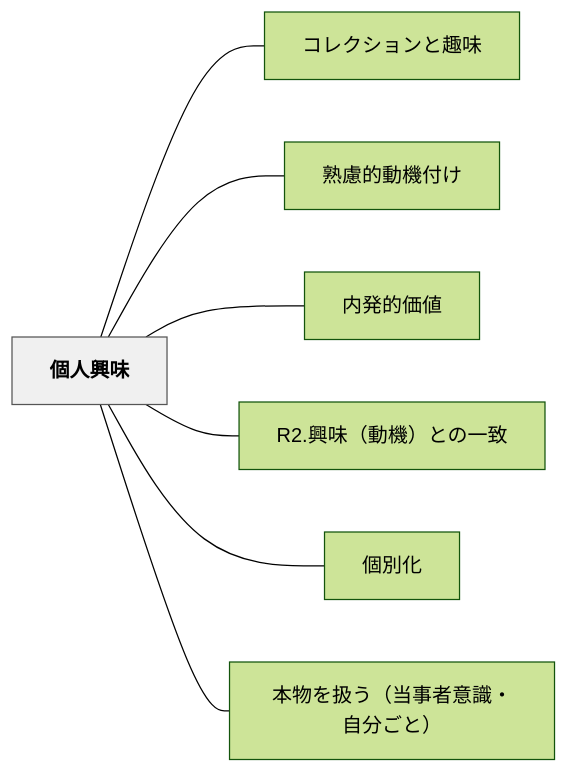
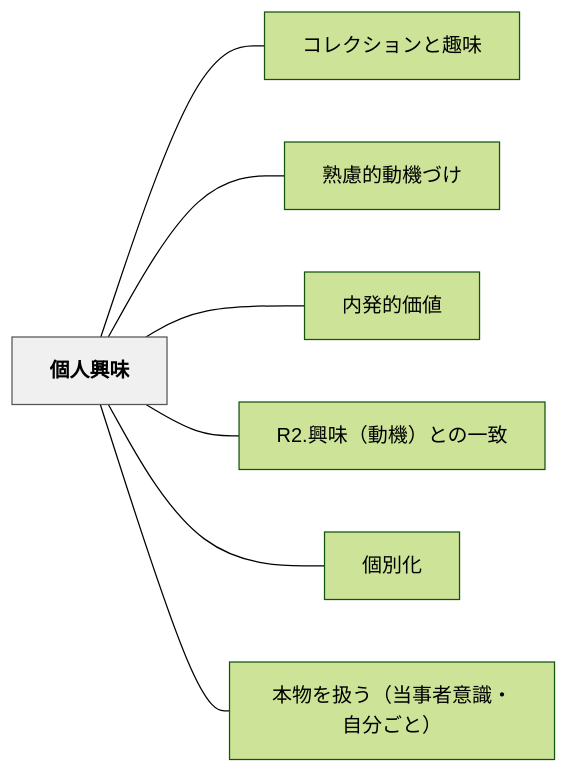
Before and after one commit to unknownthings-ed-patterns/unknownthings-ed-patterns: the diagram in content/パタン/個人興味.md, drawn with Mermaid (forest theme). The commit also changed other lines of this file and 234 other files, not shown here.

````diff
--- a/content/パタン/個人興味.md
+++ b/content/パタン/個人興味.md
@@ -37,20 +37,20 @@
 ```mermaid
 flowchart LR
     ne5808be4babae88888e591b3["個人興味"]
     ne382b3e383ace382afe382b7e383a7e383b3e381a8e8b6a3e591b3["コレクションと趣味"]
-    ne7869fe685aee79a84e58b95e6a99fe4bb98e38191["熟慮的動機付け"]
+    ne7869fe685aee79a84e58b95e6a99fe381a5e38191["熟慮的動機づけ"]
     ne58685e799bae79a84e4bea1e580a4["内発的価値"]
     n52322ee88888e591b3efbc88e58b95e6a99fefbc89e381a8e381aee4b880e887b4["R2.興味（動機）との一致"]
     ne5808be588a5e58c96["個別化"]
     ne69cace789a9e38292e689b1e38186efbc88e5bd93e4ba8be88085e6848fe8ad98e383bbe887aae58886e38194e381a8efbc89["本物を扱う（当事者意識・自分ごと）"]
 
     ne5808be4babae88888e591b3 --- ne382b3e383ace382afe382b7e383a7e383b3e381a8e8b6a3e591b3
-    ne5808be4babae88888e591b3 --- ne7869fe685aee79a84e58b95e6a99fe4bb98e38191
+    ne5808be4babae88888e591b3 --- ne7869fe685aee79a84e58b95e6a99fe381a5e38191
     ne5808be4babae88888e591b3 --- ne58685e799bae79a84e4bea1e580a4
     ne5808be4babae88888e591b3 --- n52322ee88888e591b3efbc88e58b95e6a99fefbc89e381a8e381aee4b880e887b4
     ne5808be4babae88888e591b3 --- ne5808be588a5e58c96
     ne5808be4babae88888e591b3 --- ne69cace789a9e38292e689b1e38186efbc88e5bd93e4ba8be88085e6848fe8ad98e383bbe887aae58886e38194e381a8efbc89
 
     classDef hub fill:#f0f0f0,stroke:#555,color:#000,font-weight:bold
     class ne5808be4babae88888e591b3 hub
 ```
````
